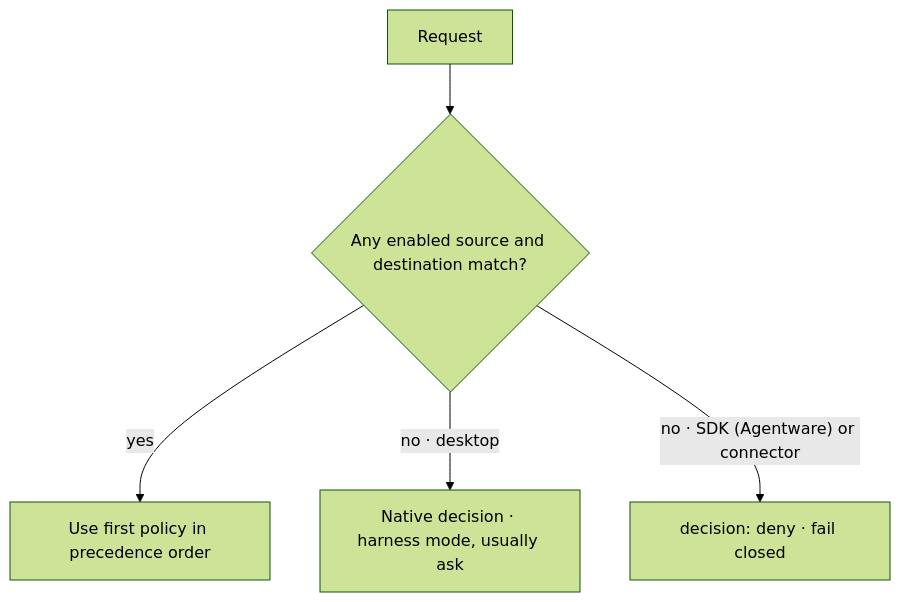
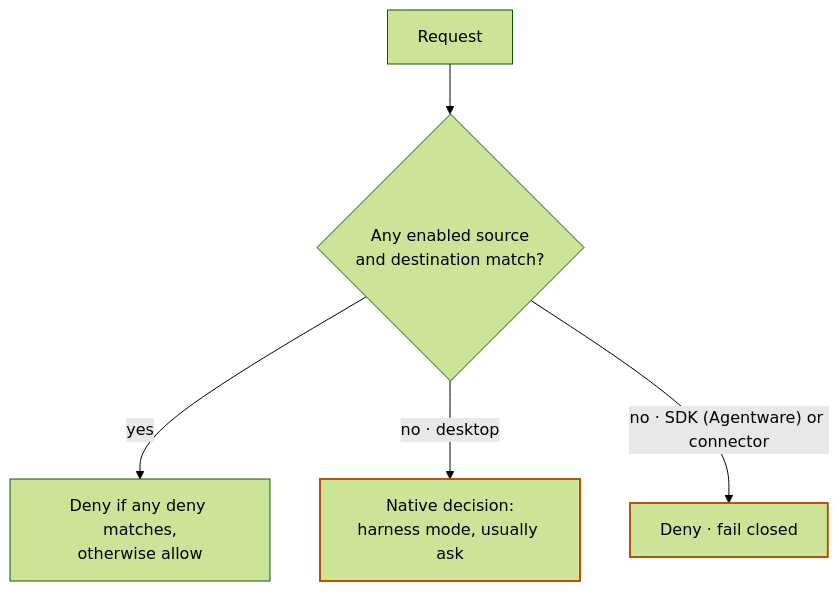
Before and after one commit to HaikeiLabs/docs: the fifth of 5 diagrams in content/kei/reference/how-kei-decides.md, drawn with Mermaid (forest theme). The commit also changed other lines of this file and 14 other files, not shown here.

First line of the commit message:
docs(kei): document deny-overrides policy decisions (HAI-620) (#32)

````diff
--- a/content/kei/reference/how-kei-decides.md
+++ b/content/kei/reference/how-kei-decides.md
@@ -162,7 +173,9 @@
 ```mermaid
 flowchart TD
-  A["Request"] --> B{"Any enabled source and destination match?"}
-  B -->|"yes"| C["Use first policy in precedence order"]
-  B -->|"no · desktop"| D["Native decision · harness mode, usually ask"]
-  B -->|"no · SDK (Agentware) or connector"| E["decision: deny · fail closed"]
+  A["Request"] --> B{"Any enabled source<br/>and destination match?"}
+  B -->|"yes"| C["Deny if any deny matches,<br/>otherwise allow"]
+  B -->|"no · desktop"| D["Native decision:<br/>harness mode, usually ask"]
+  B -->|"no · SDK (Agentware) or connector"| E["Deny · fail closed"]
+  classDef warn stroke:#b45309,stroke-width:2px
+  class D,E warn
 ```
````
